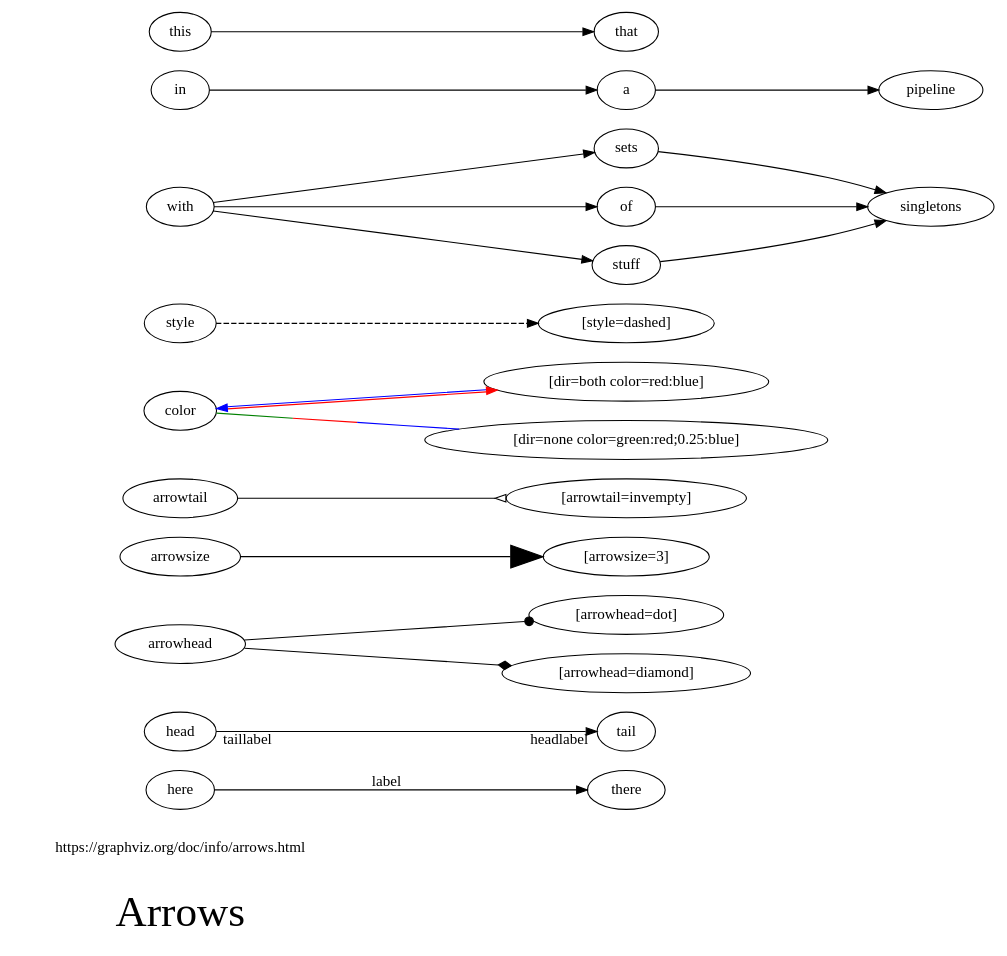
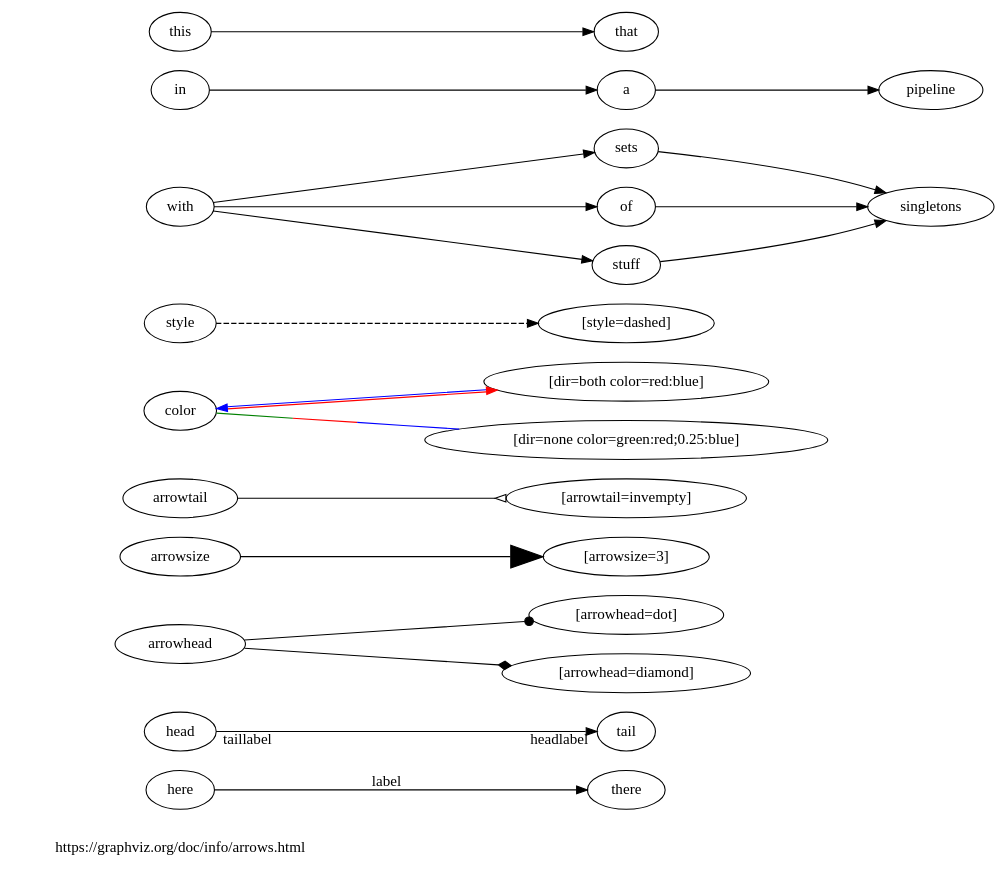
The diagram in arrows.dot (curtcox/practical-graphviz), drawn with Graphviz before and after one commit. The commit also changed 30 other files, not shown here.

```diff
--- a/arrows.dot
+++ b/arrows.dot
@@ -1,24 +1,22 @@
 digraph G {
-
-"Arrows"[shape=none fontsize=40]
 
 rankdir=LR
 
 title[label="https://graphviz.org/doc/info/arrows.html" URL="https://graphviz.org/doc/info/arrows.html" shape=none]
 
 here -> there [label=label]
 head -> tail [taillabel=taillabel headlabel=headlabel]
 
 arrowhead -> "[arrowhead=dot]" [arrowhead=dot]
 arrowhead -> "[arrowhead=diamond]" [arrowhead=diamond]
 arrowsize -> "[arrowsize=3]" [arrowsize=3]
 arrowtail-> "[arrowtail=invempty]" [arrowhead="invempty"]
 color -> "[dir=both color=red:blue]" [dir=both color="red:blue"]
 style -> "[style=dashed]" [style=dashed]
 color -> "[dir=none color=green:red;0.25:blue]" [dir=none color="green:red;0.25:blue"]
 
 with -> {sets, of, stuff} -> {singletons}
 in -> a -> pipeline
 this -> that
 
 }
```
